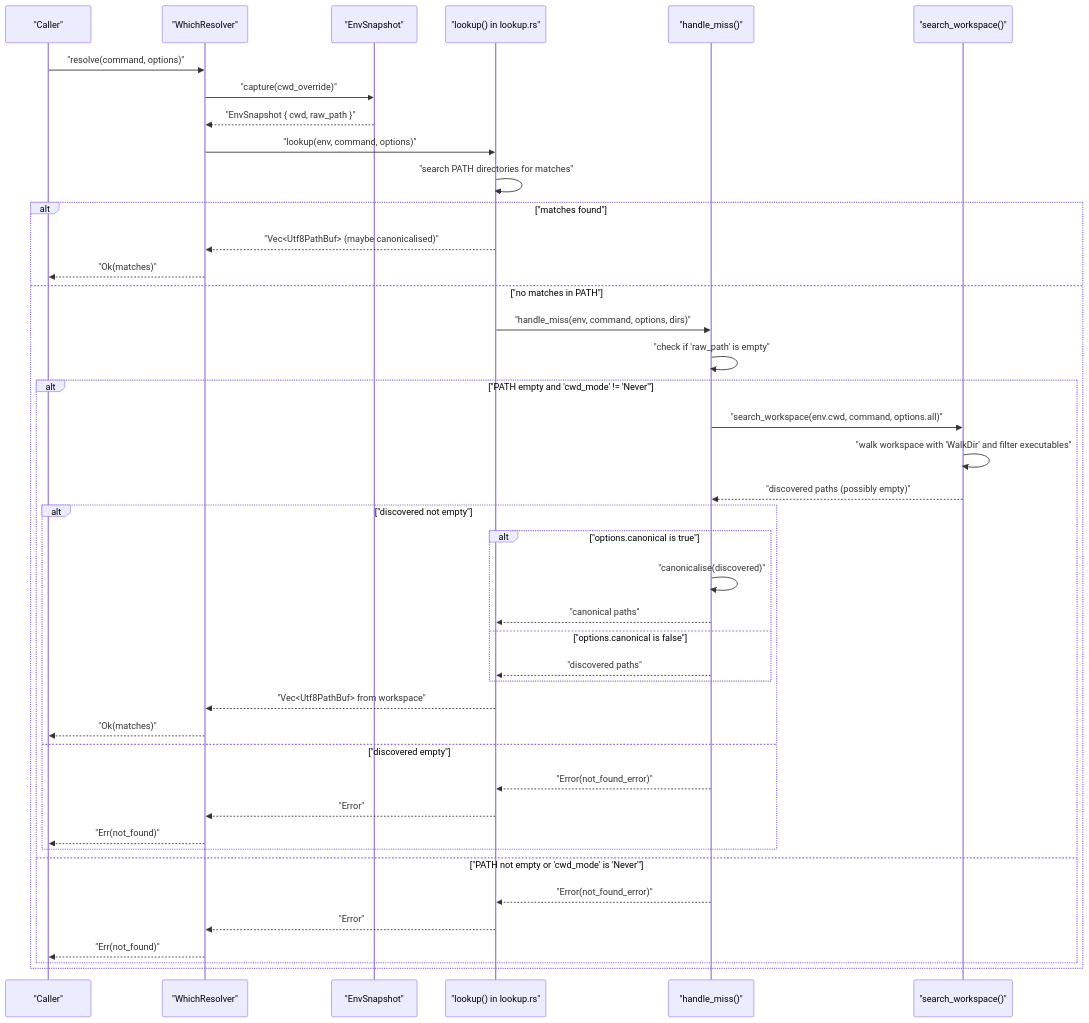
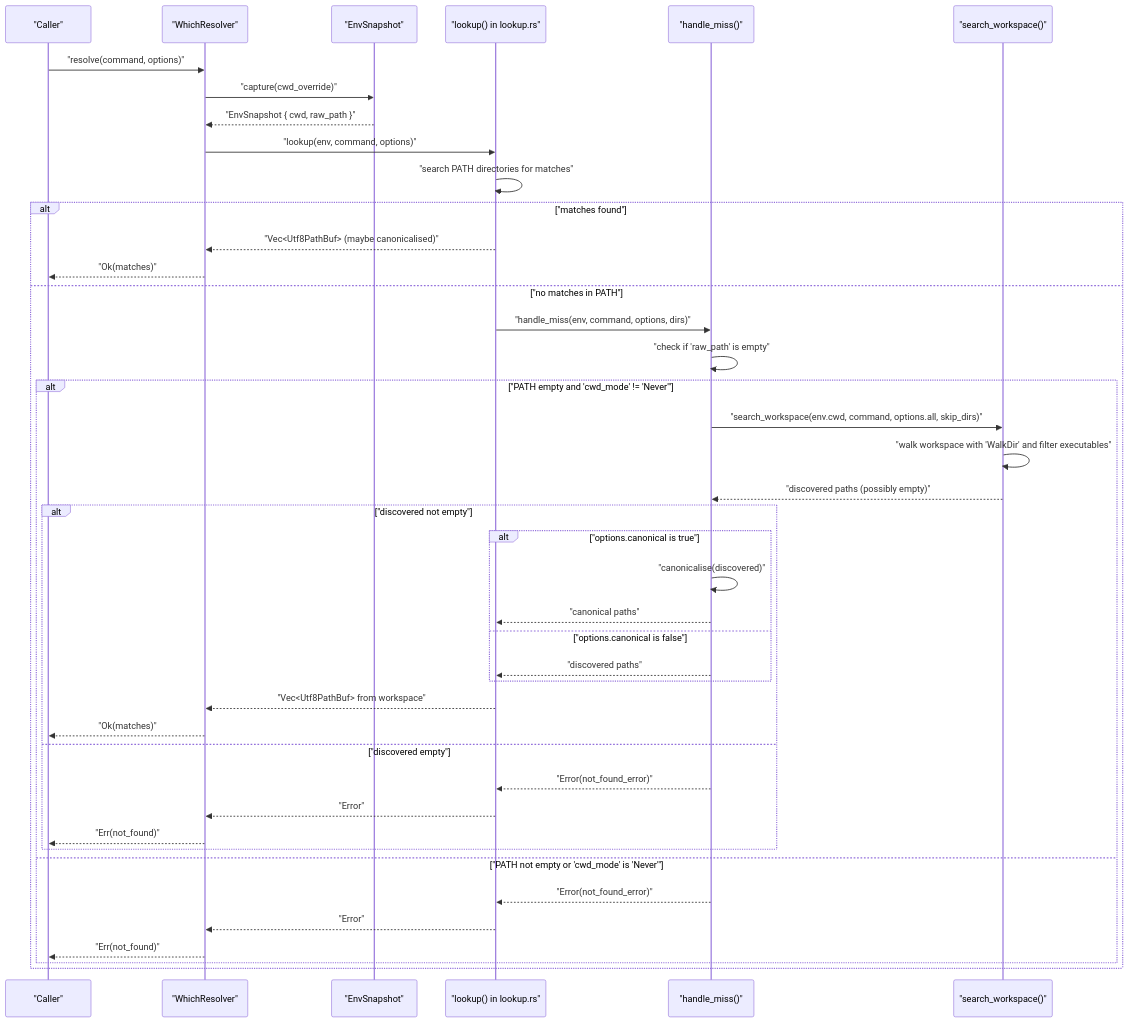
The fourth of 10 diagrams in docs/netsuke-design.md (leynos/netsuke), drawn with Mermaid before and after one commit. The commit also changed other lines of this file and 9 other files, not shown here.

First line of the commit message:
Extend workspace skip list: wiring, defaults, and tests (#240)

````diff
--- a/docs/netsuke-design.md
+++ b/docs/netsuke-design.md
@@ -990,45 +990,45 @@
 ```mermaid
 sequenceDiagram
     participant "Caller" as "Caller"
     participant "WhichResolver" as "WhichResolver"
     participant "EnvSnapshot" as "EnvSnapshot"
     participant "Lookup" as "lookup() in lookup.rs"
     participant "HandleMiss" as "handle_miss()"
     participant "SearchWorkspace" as "search_workspace()"
 
     "Caller"->>"WhichResolver": "resolve(command, options)"
     "WhichResolver"->>"EnvSnapshot": "capture(cwd_override)"
     "EnvSnapshot"-->>"WhichResolver": "EnvSnapshot { cwd, raw_path }"
     "WhichResolver"->>"Lookup": "lookup(env, command, options)"
     "Lookup"->>"Lookup": "search PATH directories for matches"
     alt "matches found"
         "Lookup"-->>"WhichResolver": "Vec<Utf8PathBuf> (maybe canonicalised)"
         "WhichResolver"-->>"Caller": "Ok(matches)"
     else "no matches in PATH"
         "Lookup"->>"HandleMiss": "handle_miss(env, command, options, dirs)"
-        "HandleMiss"->>"HandleMiss": "check if 'raw_path' is empty"
+            "HandleMiss"->>"HandleMiss": "check if 'raw_path' is empty"
         alt "PATH empty and 'cwd_mode' != 'Never'"
-            "HandleMiss"->>"SearchWorkspace": "search_workspace(env.cwd, command, options.all)"
+            "HandleMiss"->>"SearchWorkspace": "search_workspace(env.cwd, command, options.all, skip_dirs)"
             "SearchWorkspace"->>"SearchWorkspace": "walk workspace with 'WalkDir' and filter executables"
             "SearchWorkspace"-->>"HandleMiss": "discovered paths (possibly empty)"
             alt "discovered not empty"
                 alt "options.canonical is true"
                     "HandleMiss"->>"HandleMiss": "canonicalise(discovered)"
                     "HandleMiss"-->>"Lookup": "canonical paths"
                 else "options.canonical is false"
                     "HandleMiss"-->>"Lookup": "discovered paths"
                 end
                 "Lookup"-->>"WhichResolver": "Vec<Utf8PathBuf> from workspace"
                 "WhichResolver"-->>"Caller": "Ok(matches)"
             else "discovered empty"
                 "HandleMiss"-->>"Lookup": "Error(not_found_error)"
                 "Lookup"-->>"WhichResolver": "Error"
                 "WhichResolver"-->>"Caller": "Err(not_found)"
             end
         else "PATH not empty or 'cwd_mode' is 'Never'"
             "HandleMiss"-->>"Lookup": "Error(not_found_error)"
             "Lookup"-->>"WhichResolver": "Error"
             "WhichResolver"-->>"Caller": "Err(not_found)"
         end
     end
 ```
````
